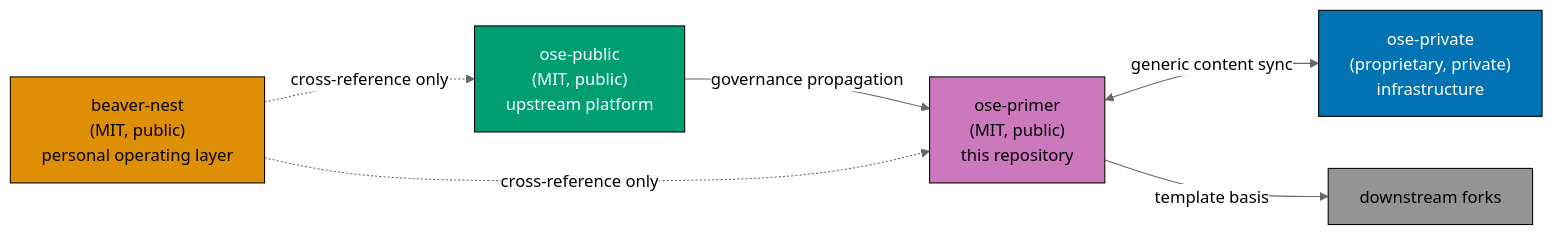
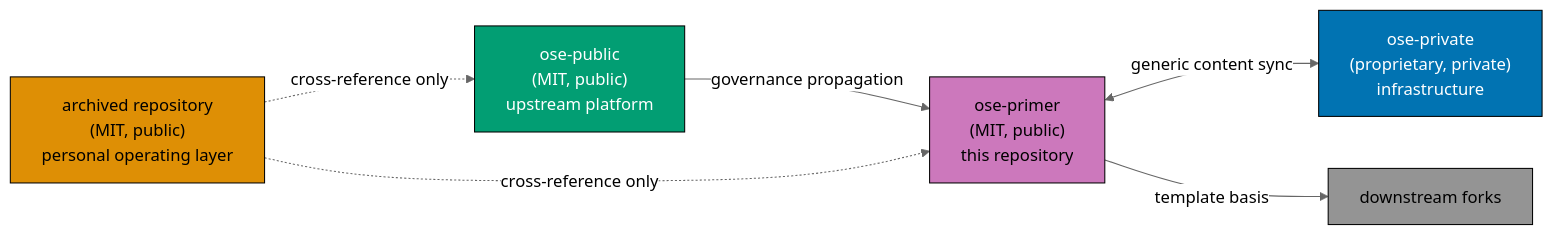
The diagram in docs/reference/related-repositories.md (wahidyankf/ose-primer), drawn with Mermaid (neutral theme) before and after one commit. The commit also changed other lines of this file and 26 other files, not shown here.

````diff
--- a/docs/reference/related-repositories.md
+++ b/docs/reference/related-repositories.md
@@ -60,25 +58,25 @@
 ```mermaid
 flowchart LR
     public["ose-public<br/>(MIT, public)<br/>upstream platform"]
     primer["ose-primer<br/>(MIT, public)<br/>this repository"]
     private["ose-private<br/>(proprietary, private)<br/>infrastructure"]
-    beaver["beaver-nest<br/>(MIT, public)<br/>personal operating layer"]
+    beaver["archived repository<br/>(MIT, public)<br/>personal operating layer"]
 
     public -->|governance propagation| primer
     primer <-->|generic content sync| private
     primer -->|template basis| forks["downstream forks"]
     beaver -.->|cross-reference only| primer
     beaver -.->|cross-reference only| public
 
     classDef publicRepo fill:#029E73,stroke:#000,stroke-width:1px,color:#fff
     classDef privateRepo fill:#0173B2,stroke:#000,stroke-width:1px,color:#fff
     classDef primerRepo fill:#CC78BC,stroke:#000,stroke-width:1px,color:#000
     classDef beaverRepo fill:#DE8F05,stroke:#000,stroke-width:1px,color:#000
     classDef forkRepo fill:#949494,stroke:#000,stroke-width:1px,color:#000
 
     class public publicRepo
     class private privateRepo
     class primer primerRepo
     class beaver beaverRepo
     class forks forkRepo
 ```
````
